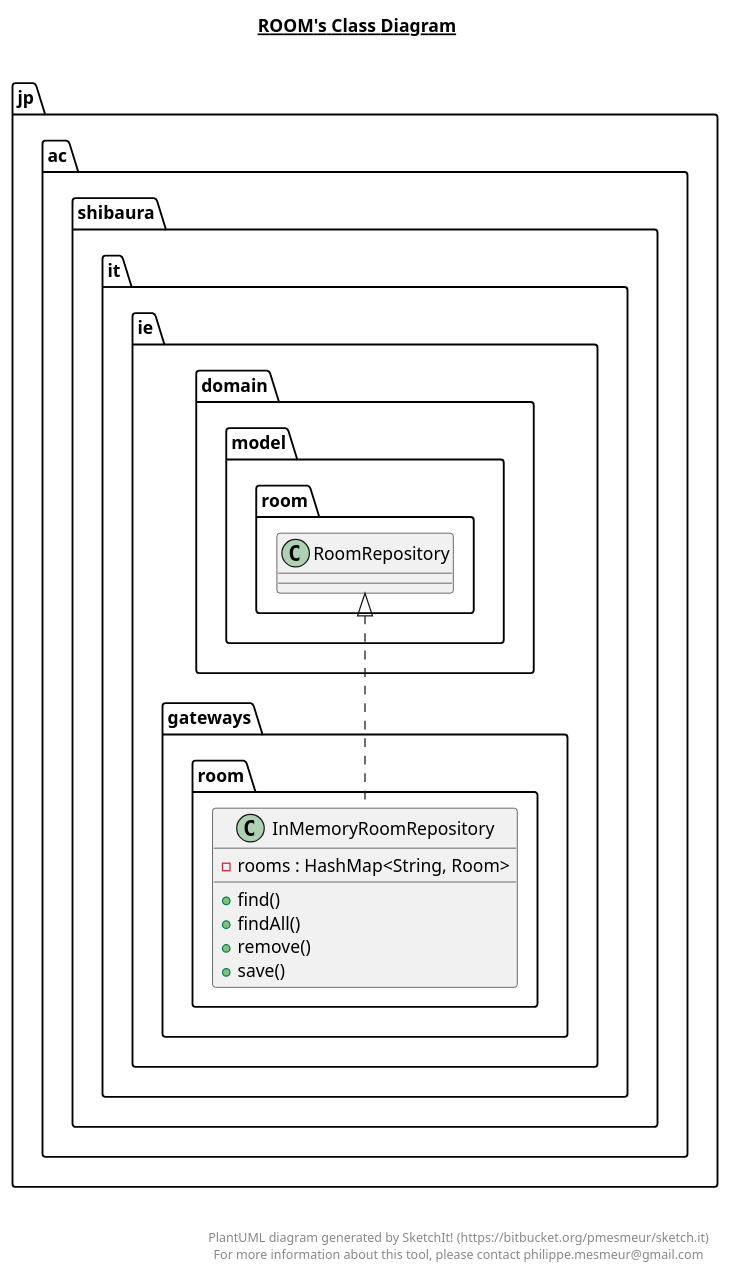
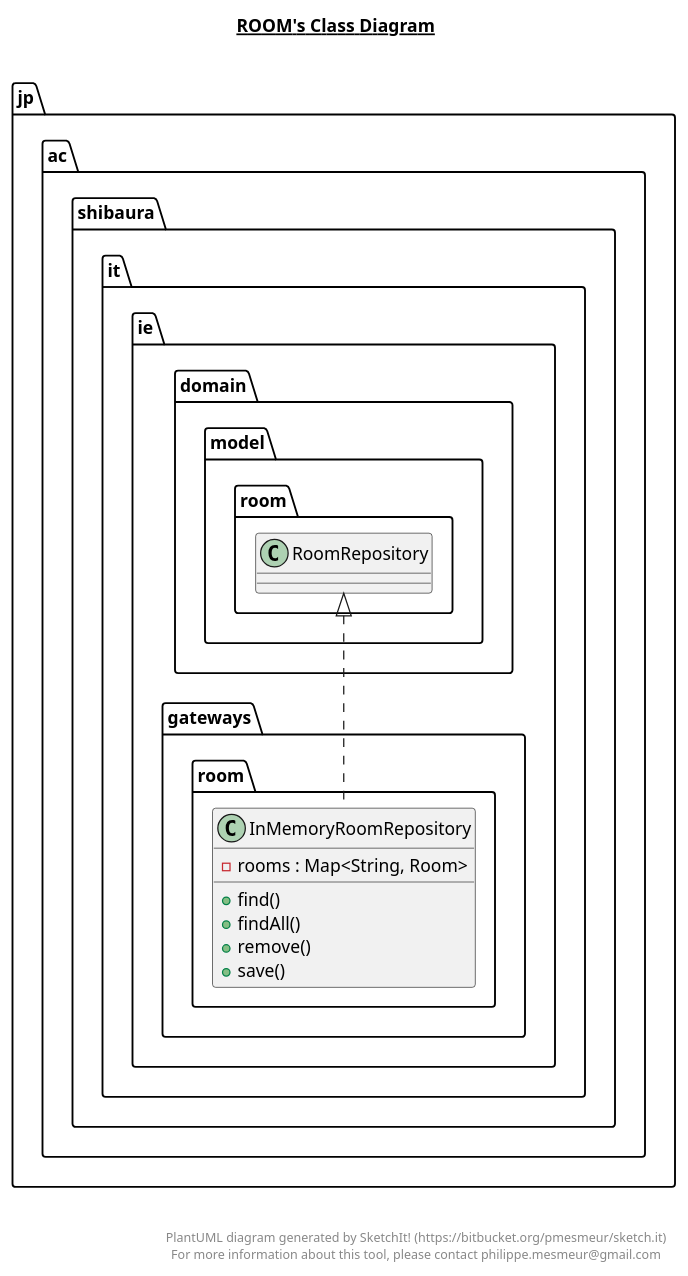
One commit to THEToilet/chatLobbyServer changed the diagram in target/classes/jp/ac/shibaura/it/ie/gateways/room/room.plantuml. Above: the diagram before and after it, drawn with PlantUML. The commit also changed 74 other files, not shown here.

```diff
--- a/target/classes/jp/ac/shibaura/it/ie/gateways/room/room.plantuml
+++ b/target/classes/jp/ac/shibaura/it/ie/gateways/room/room.plantuml
@@ -1,28 +1,28 @@
 @startuml
 
 title __ROOM's Class Diagram__\n
 
   namespace jp.ac.shibaura.it.ie {
     namespace gateways.room {
       class jp.ac.shibaura.it.ie.gateways.room.InMemoryRoomRepository {
-          - rooms : HashMap<String, Room>
+          - rooms : Map<String, Room>
           + find()
           + findAll()
           + remove()
           + save()
       }
     }
   }
   
 
   jp.ac.shibaura.it.ie.gateways.room.InMemoryRoomRepository .up.|> jp.ac.shibaura.it.ie.domain.model.room.RoomRepository
 
 
 right footer
 
 
 PlantUML diagram generated by SketchIt! (https://bitbucket.org/pmesmeur/sketch.it)
 For more information about this tool, please contact philippe.mesmeur@gmail.com
 endfooter
 
 @enduml
```
